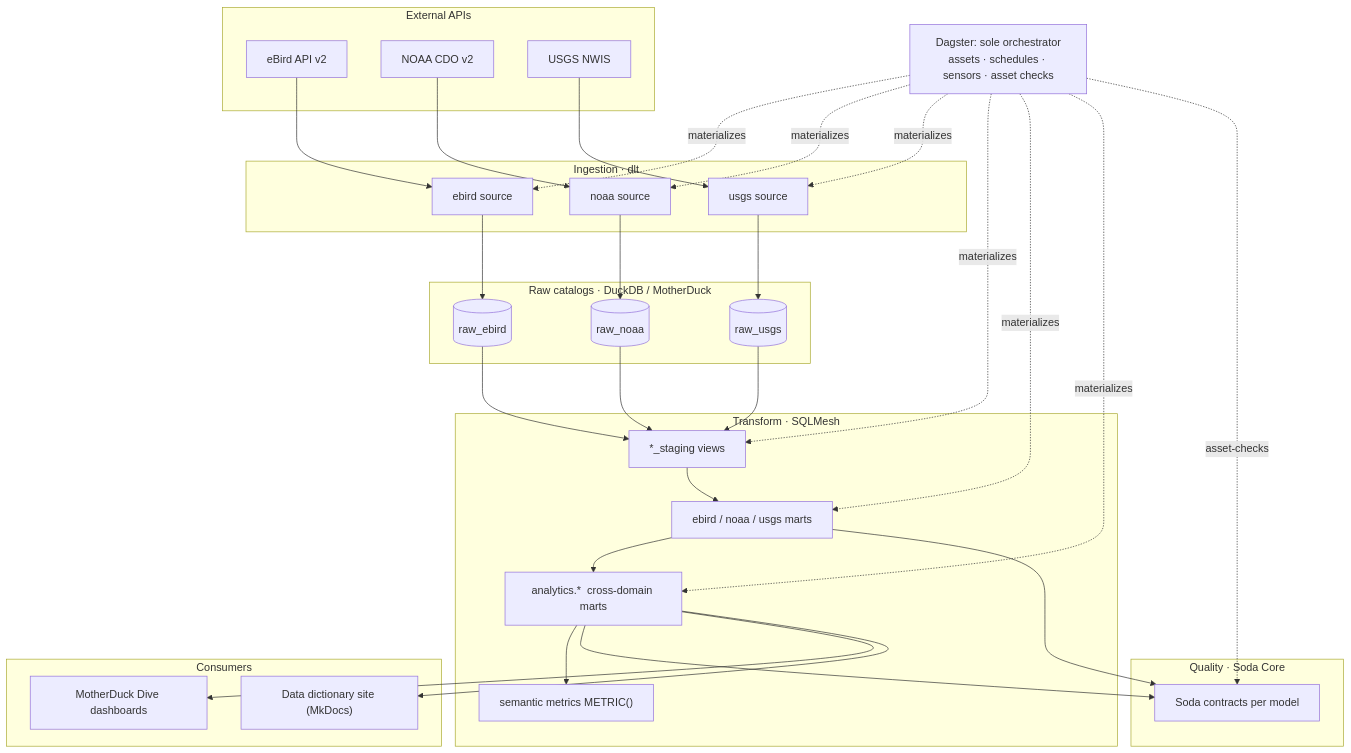
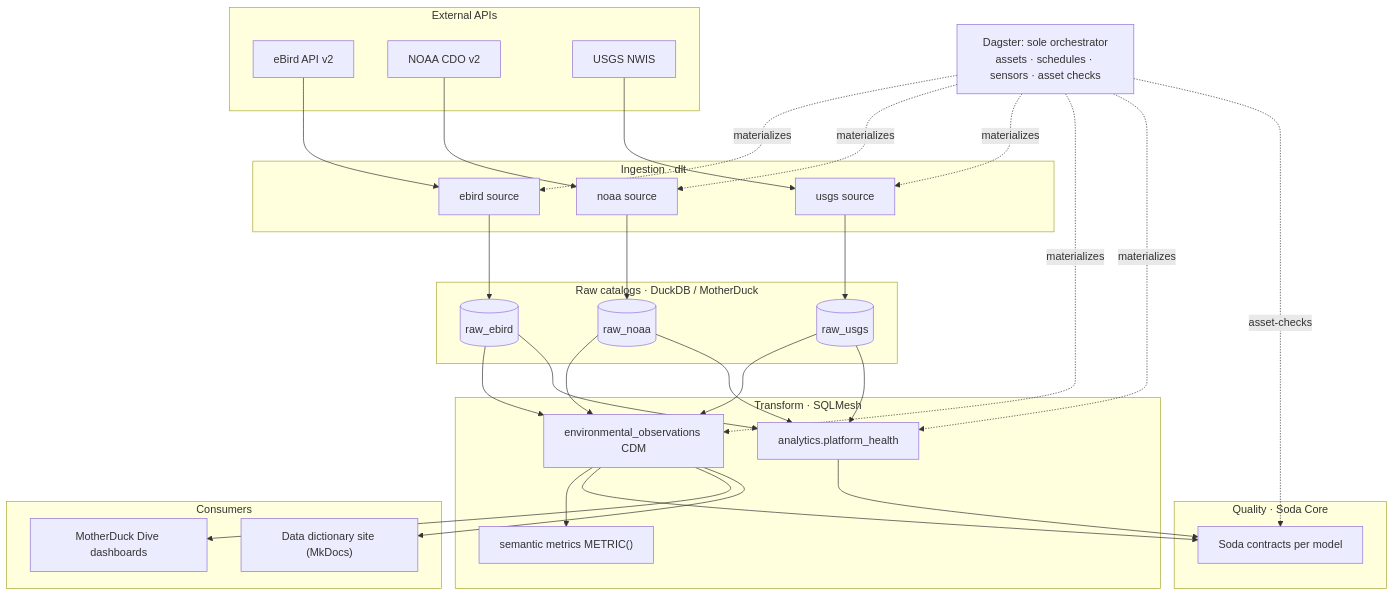
One commit to Doctacon/databox changed the first of 2 diagrams in README.md. Above: the diagram before and after it, drawn with Mermaid. The commit also changed other lines of this file and 149 other files, not shown here.

````diff
--- a/README.md
+++ b/README.md
@@ -35,60 +35,59 @@
 ```mermaid
 graph TB
     subgraph External["External APIs"]
         ebird_api[eBird API v2]
         noaa_api[NOAA CDO v2]
         usgs_api[USGS NWIS]
     end
 
     subgraph Ingest["Ingestion · dlt"]
         ebird_src[ebird source]
         noaa_src[noaa source]
         usgs_src[usgs source]
     end
 
     subgraph Raw["Raw catalogs · DuckDB / MotherDuck"]
         raw_ebird[(raw_ebird)]
         raw_noaa[(raw_noaa)]
         raw_usgs[(raw_usgs)]
     end
 
     subgraph Transform["Transform · SQLMesh"]
-        staging["*_staging views"]
-        marts["ebird / noaa / usgs marts"]
-        analytics["analytics.*  cross-domain marts"]
+        cdm["environmental_observations CDM"]
+        health["analytics.platform_health"]
         metrics["semantic metrics METRIC()"]
     end
 
     subgraph Quality["Quality · Soda Core"]
         contracts["Soda contracts per model"]
     end
 
     subgraph Consumer["Consumers"]
         dashboard["MotherDuck Dive dashboards"]
         dict["Data dictionary site (MkDocs)"]
     end
 
     Orchestrator["Dagster: sole orchestrator<br/>assets · schedules · sensors · asset checks"]
 
     ebird_api --> ebird_src --> raw_ebird
     noaa_api --> noaa_src --> raw_noaa
     usgs_api --> usgs_src --> raw_usgs
-    raw_ebird --> staging
-    raw_noaa --> staging
-    raw_usgs --> staging
-    staging --> marts
-    marts --> analytics
-    analytics --> metrics
-    analytics --> contracts
-    marts --> contracts
-    analytics --> dashboard
-    analytics --> dict
+    raw_ebird --> cdm
+    raw_noaa --> cdm
+    raw_usgs --> cdm
+    cdm --> metrics
+    cdm --> contracts
+    cdm --> dashboard
+    cdm --> dict
+    raw_ebird --> health
+    raw_noaa --> health
+    raw_usgs --> health
+    health --> contracts
 
     Orchestrator -.materializes.-> ebird_src
     Orchestrator -.materializes.-> noaa_src
     Orchestrator -.materializes.-> usgs_src
-    Orchestrator -.materializes.-> staging
-    Orchestrator -.materializes.-> marts
-    Orchestrator -.materializes.-> analytics
+    Orchestrator -.materializes.-> cdm
+    Orchestrator -.materializes.-> health
     Orchestrator -.asset-checks.-> contracts
 ```
````
